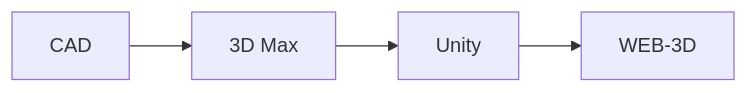
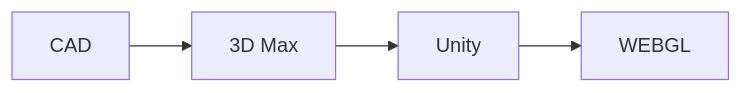
The diagram in docs/web-3d/index.md (shaw5290/blog), drawn with Mermaid before and after one commit. The commit also changed 145 other files, not shown here.

````diff
--- a/docs/web-3d/index.md
+++ b/docs/web-3d/index.md
@@ -3,10 +3,10 @@
 ```mermaid
 flowchart LR
     A[CAD]
     B[3D Max]
     C[Unity]
-    D[WEB-3D]
+    D[WEBGL]
     A --> B
     B --> C
     C --> D
 ```
````
